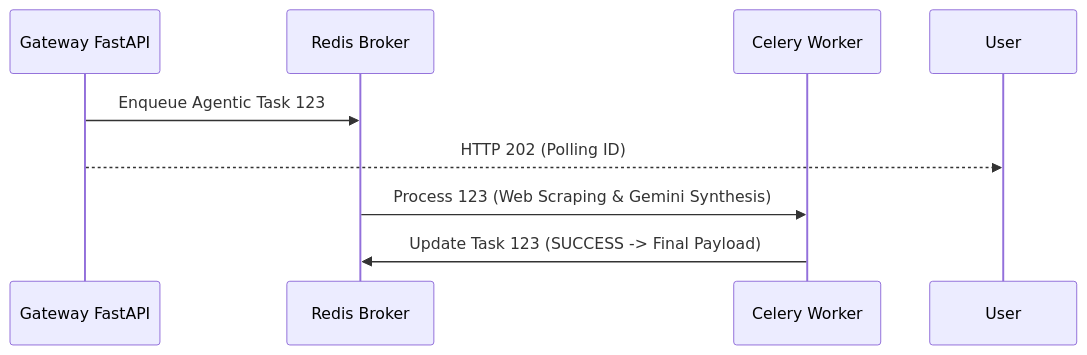
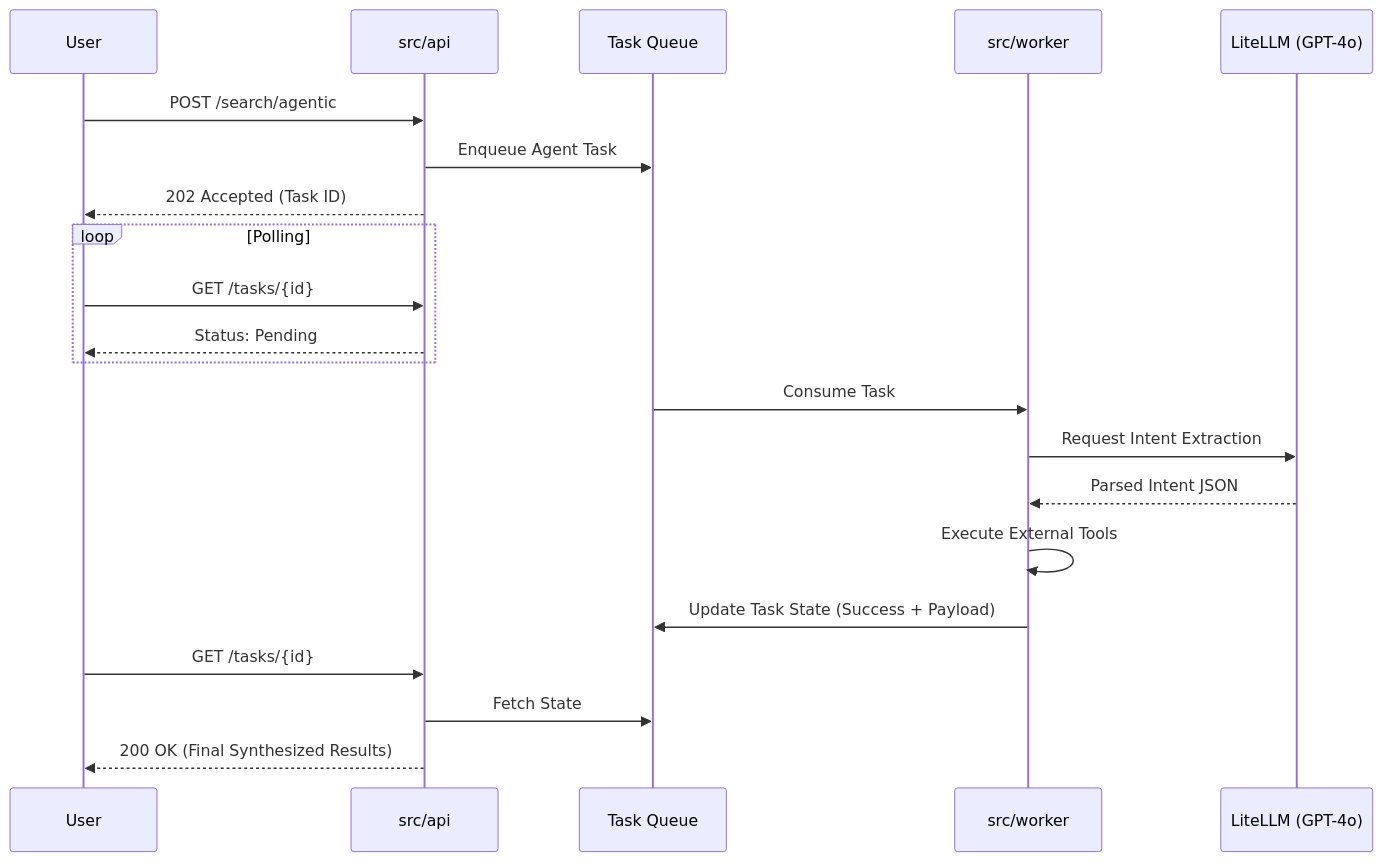
Before and after one commit to suryaavala/scaling-succotash: the diagram in GUIDE.md, drawn with Mermaid. The commit also changed 3 other files, not shown here.

First line of the commit message:
Fix: Apply remaining V4 mapping constraints (Pythonpath, Docs, Diagram) (#18)

````diff
--- a/GUIDE.md
+++ b/GUIDE.md
@@ -170,11 +170,27 @@
 ```mermaid
 sequenceDiagram
-    participant Web as Gateway FastAPI
-    participant Q as Redis Broker
-    participant W as Celery Worker
+    participant User
+    participant Gateway as src/api
+    participant Redis as Task Queue
+    participant Worker as src/worker
+    participant LLM as LiteLLM (GPT-4o)
     
-    Web->>Q: Enqueue Agentic Task 123
-    Web-->>User: HTTP 202 (Polling ID)
-    Q->>W: Process 123 (Web Scraping & Gemini Synthesis)
-    W->>Q: Update Task 123 (SUCCESS -> Final Payload)
+    User->>Gateway: POST /search/agentic
+    Gateway->>Redis: Enqueue Agent Task
+    Gateway-->>User: 202 Accepted (Task ID)
+    
+    loop Polling
+        User->>Gateway: GET /tasks/{id}
+        Gateway-->>User: Status: Pending
+    end
+    
+    Redis->>Worker: Consume Task
+    Worker->>LLM: Request Intent Extraction
+    LLM-->>Worker: Parsed Intent JSON
+    Worker->>Worker: Execute External Tools
+    Worker->>Redis: Update Task State (Success + Payload)
+    
+    User->>Gateway: GET /tasks/{id}
+    Gateway->>Redis: Fetch State
+    Gateway-->>User: 200 OK (Final Synthesized Results)
 ```
````
